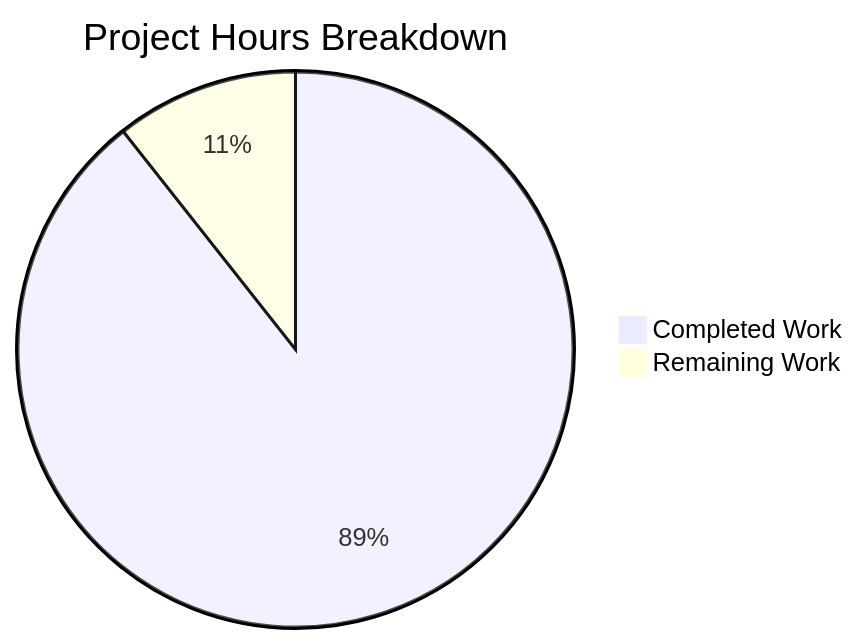
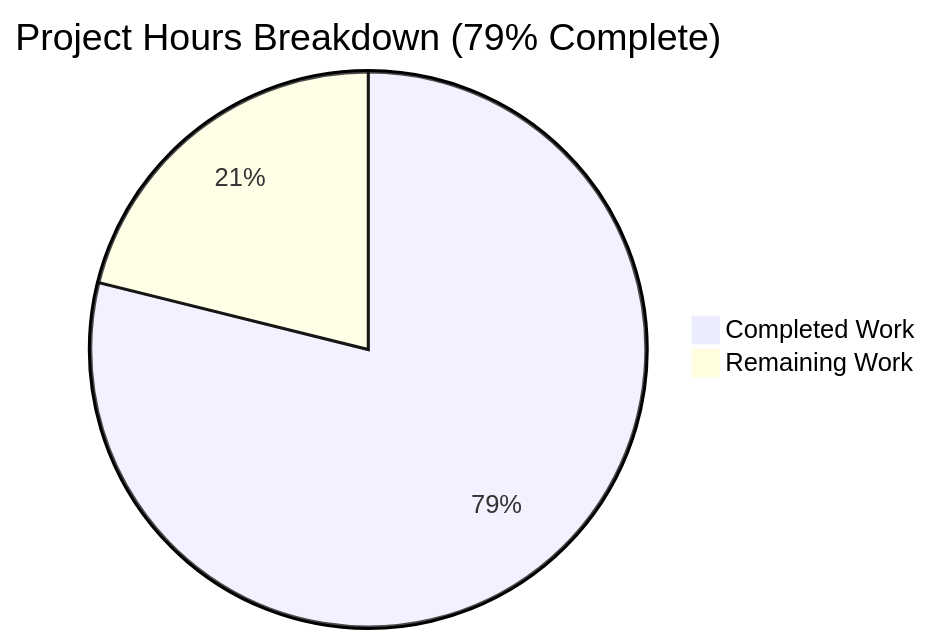
One commit to lakshya-blitzy/Dec_repo_with_valid_mul_files changed the diagram in blitzy/documentation/Project Guide.md. Above: the diagram before and after it, drawn with Mermaid. The commit also changed other lines of this file, not shown here.

Commit message:
Adding Blitzy Project Guide: Project Status and Human Tasks Remaining

````diff
--- a/blitzy/documentation/Project Guide.md
+++ b/blitzy/documentation/Project Guide.md
@@ -39,5 +31,5 @@
 ```mermaid
-pie title Project Hours Breakdown
-    "Completed Work" : 84
-    "Remaining Work" : 10
+pie title Project Hours Breakdown (79% Complete)
+    "Completed Work" : 56
+    "Remaining Work" : 15
 ```
````
